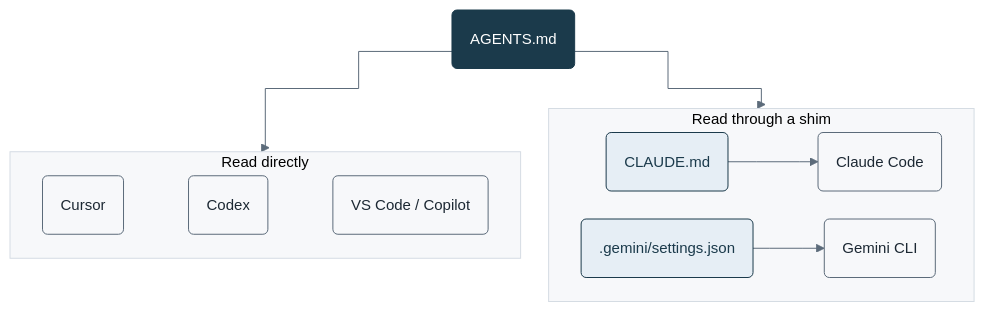
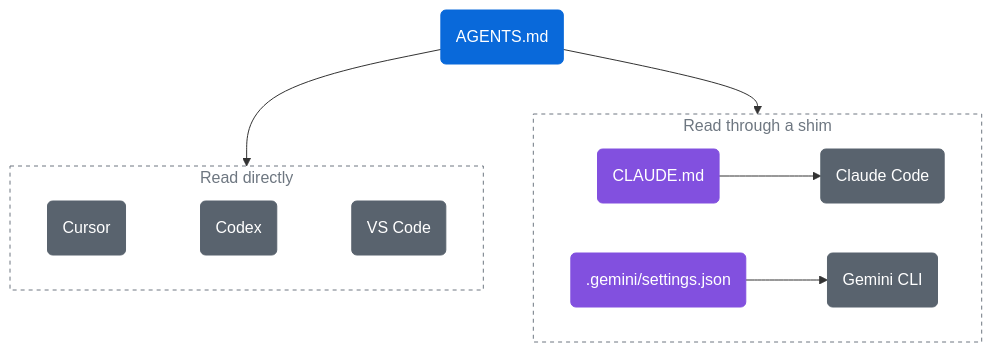
The first of 2 diagrams in README.md (santoshshinde2012/over-ai-engineering), drawn with Mermaid before and after one commit. The commit also changed other lines of this file, not shown here.

First line of the commit message:
Render the README diagrams in both GitHub themes.

````diff
--- a/README.md
+++ b/README.md
@@ -19,37 +19,34 @@
 ```mermaid
-%%{init: {'theme': 'base', 'flowchart': {'htmlLabels': false, 'curve': 'step', 'padding': 18, 'nodeSpacing': 28, 'rankSpacing': 40}, 'themeVariables': {'fontFamily': 'arial', 'fontSize': '15px', 'lineColor': '#5C6B7A', 'textColor': '#1C2833', 'primaryColor': '#F7F8FA', 'primaryTextColor': '#1C2833', 'primaryBorderColor': '#1B3A4B', 'clusterBkg': '#F7F8FA', 'clusterBorder': '#D5DCE3', 'edgeLabelBackground': '#FFFFFF'}}}%%
 flowchart TB
   accTitle: One source of truth, thin shims
-  accDescr: Cursor, Codex, and VS Code read AGENTS.md directly. Claude Code reads it through CLAUDE.md, and Gemini CLI through .gemini/settings.json. Navy is the source file. Blue is a shim.
+  accDescr: AGENTS.md is the source. Cursor, Codex, and VS Code read it directly. Claude Code reads it through CLAUDE.md, and Gemini CLI through .gemini/settings.json.
 
   agents("AGENTS.md")
 
   subgraph direct["Read directly"]
     direction LR
     cursor("Cursor")
     codex("Codex")
-    copilot("VS Code / Copilot")
-    cursor ~~~ codex
-    codex ~~~ copilot
+    copilot("VS Code")
+    cursor ~~~ codex ~~~ copilot
   end
 
   subgraph via["Read through a shim"]
     direction LR
     claudeShim("CLAUDE.md") --> claude("Claude Code")
     geminiShim(".gemini/settings.json") --> gemini("Gemini CLI")
   end
 
   agents --> direct
   agents --> via
 
+  classDef source fill:#0969DA,stroke:#0969DA,color:#FFFFFF
+  classDef shim fill:#8250DF,stroke:#8250DF,color:#FFFFFF
+  classDef agent fill:#59636E,stroke:#59636E,color:#FFFFFF
+  classDef group fill:transparent,stroke:#6E7781,stroke-dasharray:4 4,color:#6E7781
+
   class agents source
   class claudeShim,geminiShim shim
   class cursor,codex,copilot,claude,gemini agent
-
-  classDef source fill:#1B3A4B,stroke:#1B3A4B,color:#FFFFFF
-  classDef shim fill:#E6EEF5,stroke:#1B3A4B,color:#1B3A4B
-  classDef agent fill:#F7F8FA,stroke:#5C6B7A,color:#1C2833
-
-  style direct fill:#F7F8FA,stroke:#D5DCE3,color:#1B3A4B
-  style via fill:#F7F8FA,stroke:#D5DCE3,color:#1B3A4B
+  class direct,via group
 ```
````
